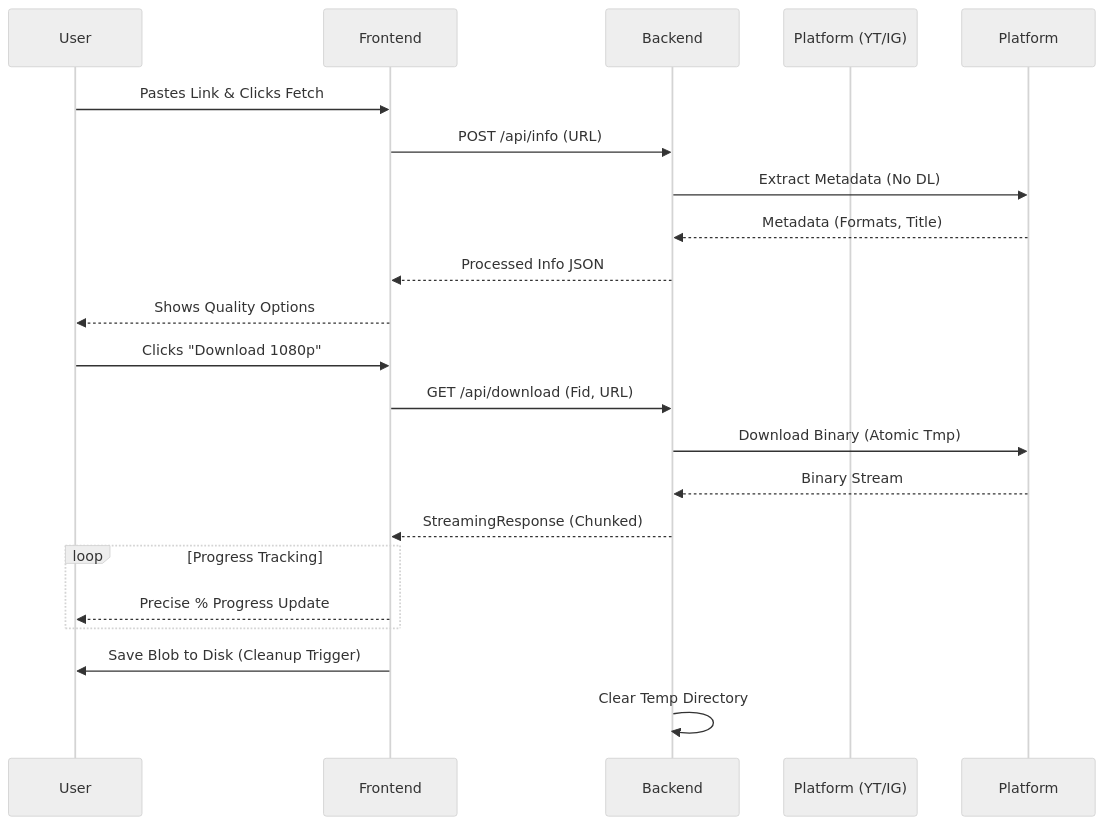
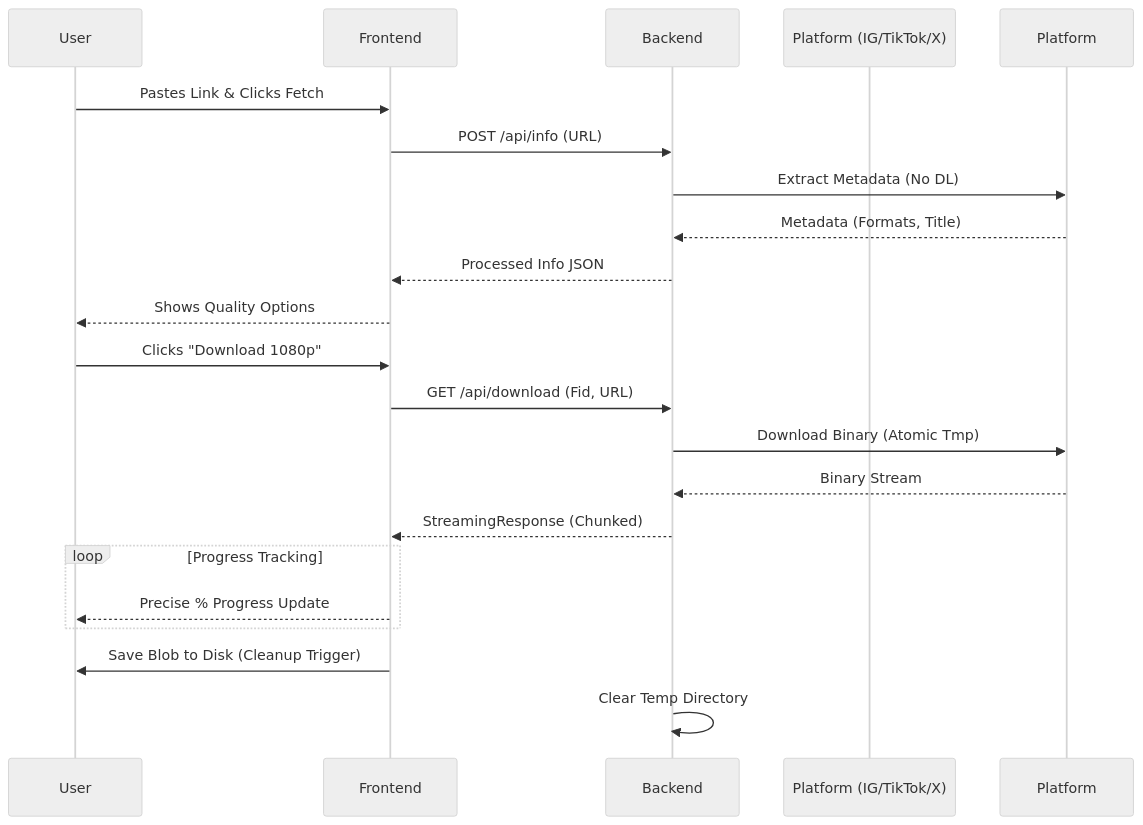
Before and after one commit to 100ngramjit/kwiksave: the diagram in README.md, drawn with Mermaid (neutral theme). The commit also changed other lines of this file and 5 other files, not shown here.

````diff
--- a/README.md
+++ b/README.md
@@ -61,25 +61,25 @@
 ```mermaid
 sequenceDiagram
     participant User
     participant Frontend
     participant Backend
-    participant Platform (YT/IG)
+    participant Platform (IG/TikTok/X)
 
     User->>Frontend: Pastes Link & Clicks Fetch
     Frontend->>Backend: POST /api/info (URL)
     Backend->>Platform: Extract Metadata (No DL)
     Platform-->>Backend: Metadata (Formats, Title)
     Backend-->>Frontend: Processed Info JSON
     Frontend-->>User: Shows Quality Options
 
     User->>Frontend: Clicks "Download 1080p"
     Frontend->>Backend: GET /api/download (Fid, URL)
     Backend->>Platform: Download Binary (Atomic Tmp)
     Platform-->>Backend: Binary Stream
     Backend-->>Frontend: StreamingResponse (Chunked)
     loop Progress Tracking
         Frontend-->>User: Precise % Progress Update
     end
     Frontend->>User: Save Blob to Disk (Cleanup Trigger)
     Backend->>Backend: Clear Temp Directory
 ```
````
